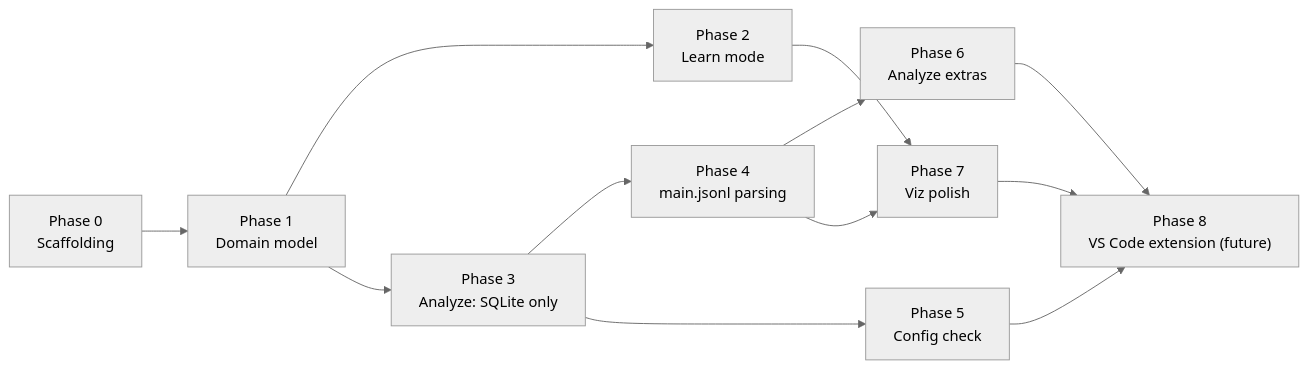
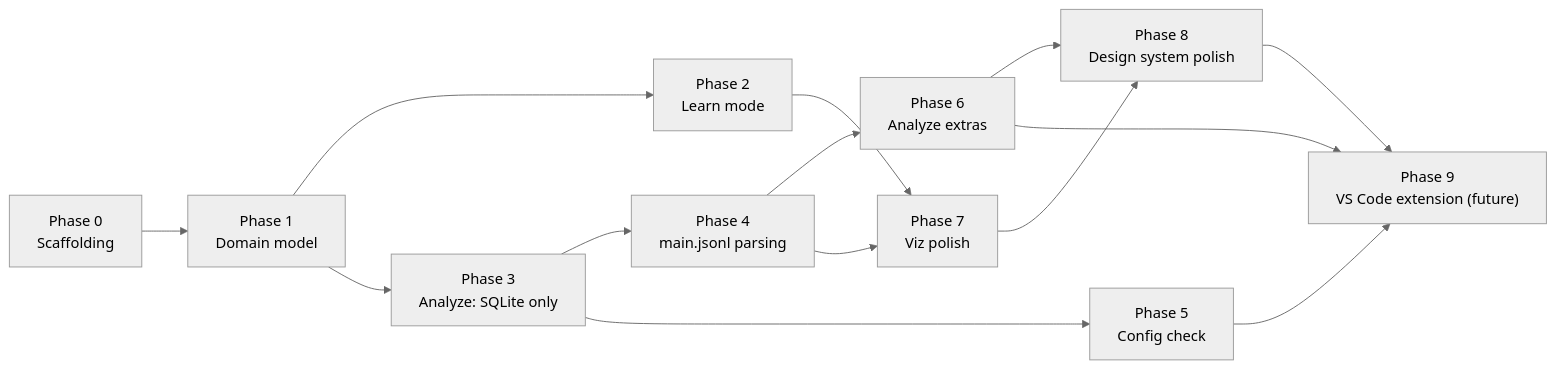
One commit to raulkivi/gh-cp-chat-analyser changed the diagram in docs/implementation-plan.md. Above: the diagram before and after it, drawn with Mermaid (neutral theme). The commit also changed other lines of this file and 2 other files, not shown here.

First line of the commit message:
Plan Phase 8: apply the Industry design system to the web UI

````diff
--- a/docs/implementation-plan.md
+++ b/docs/implementation-plan.md
@@ -398,14 +537,16 @@
 ```mermaid
 flowchart LR
     P0["Phase 0<br/>Scaffolding"] --> P1["Phase 1<br/>Domain model"]
     P1 --> P2["Phase 2<br/>Learn mode"]
     P1 --> P3["Phase 3<br/>Analyze: SQLite only"]
     P3 --> P4["Phase 4<br/>main.jsonl parsing"]
     P3 --> P5["Phase 5<br/>Config check"]
     P4 --> P6["Phase 6<br/>Analyze extras"]
     P2 --> P7["Phase 7<br/>Viz polish"]
     P4 --> P7
-    P6 --> P8["Phase 8<br/>VS Code extension (future)"]
-    P5 --> P8
+    P6 --> P8["Phase 8<br/>Design system polish"]
     P7 --> P8
+    P6 --> P9["Phase 9<br/>VS Code extension (future)"]
+    P5 --> P9
+    P8 --> P9
 ```
````
